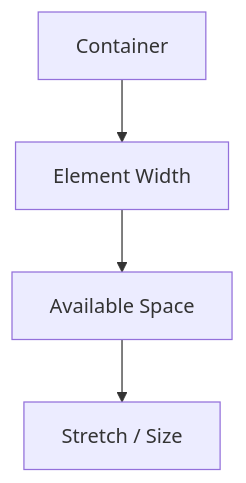
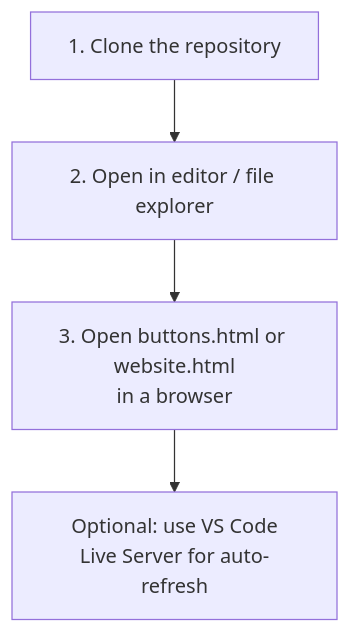
Before and after one commit to Betha-hemanth/HTML-and-CSS: the eighth of 9 diagrams in README.md, drawn with Mermaid. The commit also changed other lines of this file and 20 other files, not shown here.

````diff
--- a/README.md
+++ b/README.md
@@ -275,6 +210,6 @@
 ```mermaid
 flowchart TD
-    A["Container"] --> B["Element Width"]
-    B --> C["Available Space"]
-    C --> D["Stretch / Size"]
+    A["1. Clone the repository"] --> B["2. Open in editor / file explorer"]
+    B --> C["3. Open buttons.html or website.html\nin a browser"]
+    C --> D["Optional: use VS Code\nLive Server for auto-refresh"]
 ```
````
